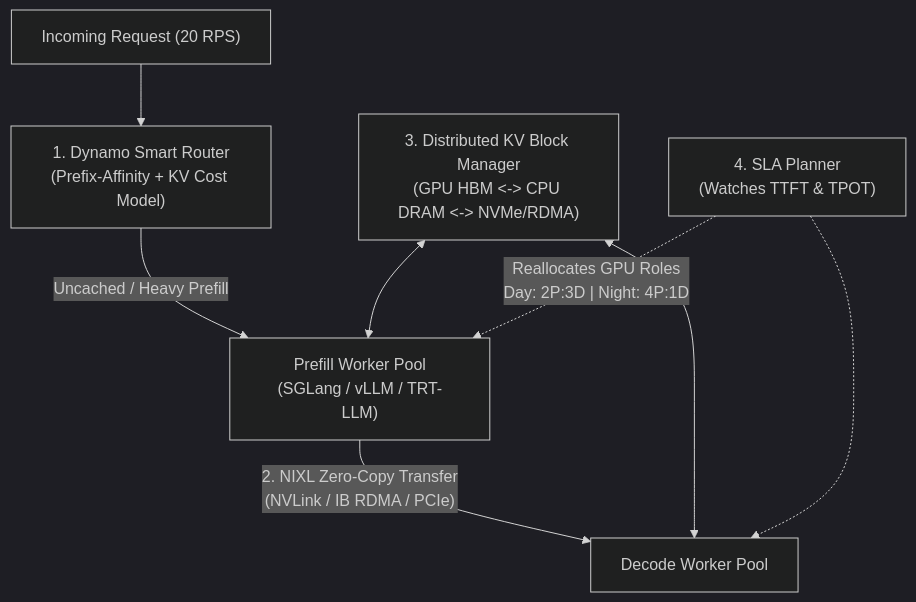
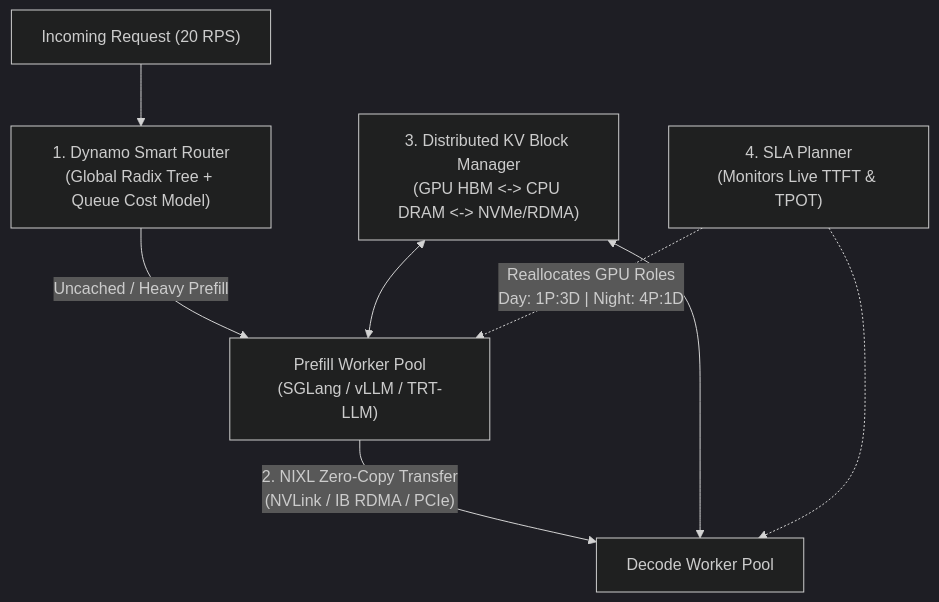
The first of 2 diagrams in Lecture 40 - Distributed Inference SGLang llm-d and Dynamo/notes/05_NVIDIA_Dynamo_and_Multi_Node_Orchestration.md (Amie-dev/FDE-and-GenAI-Mastery), drawn with Mermaid (dark theme) before and after one commit. The commit also changed other lines of this file and 92 other files, not shown here.

````diff
--- a/Lecture 40 - Distributed Inference SGLang llm-d and Dynamo/notes/05_NVIDIA_Dynamo_and_Multi_Node_Orchestration.md
+++ b/Lecture 40 - Distributed Inference SGLang llm-d and Dynamo/notes/05_NVIDIA_Dynamo_and_Multi_Node_Orchestration.md
@@ -25,10 +27,10 @@
 ```mermaid
 flowchart TD
-    Req["Incoming Request (20 RPS)"] --> Router["1. Dynamo Smart Router<br/>(Prefix-Affinity + KV Cost Model)"]
+    Req["Incoming Request (20 RPS)"] --> Router["1. Dynamo Smart Router<br/>(Global Radix Tree + Queue Cost Model)"]
     Router -->|"Uncached / Heavy Prefill"| P["Prefill Worker Pool<br/>(SGLang / vLLM / TRT-LLM)"]
     P -->|"2. NIXL Zero-Copy Transfer<br/>(NVLink / IB RDMA / PCIe)"| D["Decode Worker Pool"]
     KV["3. Distributed KV Block Manager<br/>(GPU HBM <-> CPU DRAM <-> NVMe/RDMA)"] <--> P
     KV <--> D
-    Planner["4. SLA Planner<br/>(Watches TTFT & TPOT)"] -.->|"Reallocates GPU Roles<br/>Day: 2P:3D | Night: 4P:1D"| P
+    Planner["4. SLA Planner<br/>(Monitors Live TTFT & TPOT)"] -.->|"Reallocates GPU Roles<br/>Day: 1P:3D | Night: 4P:1D"| P
     Planner -.-> D
 ```
````
